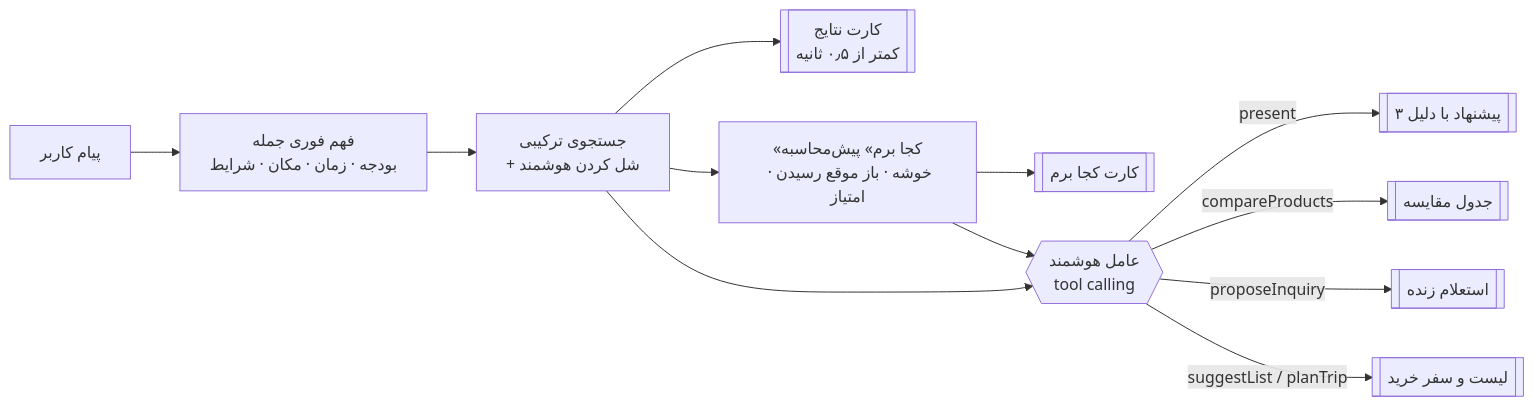
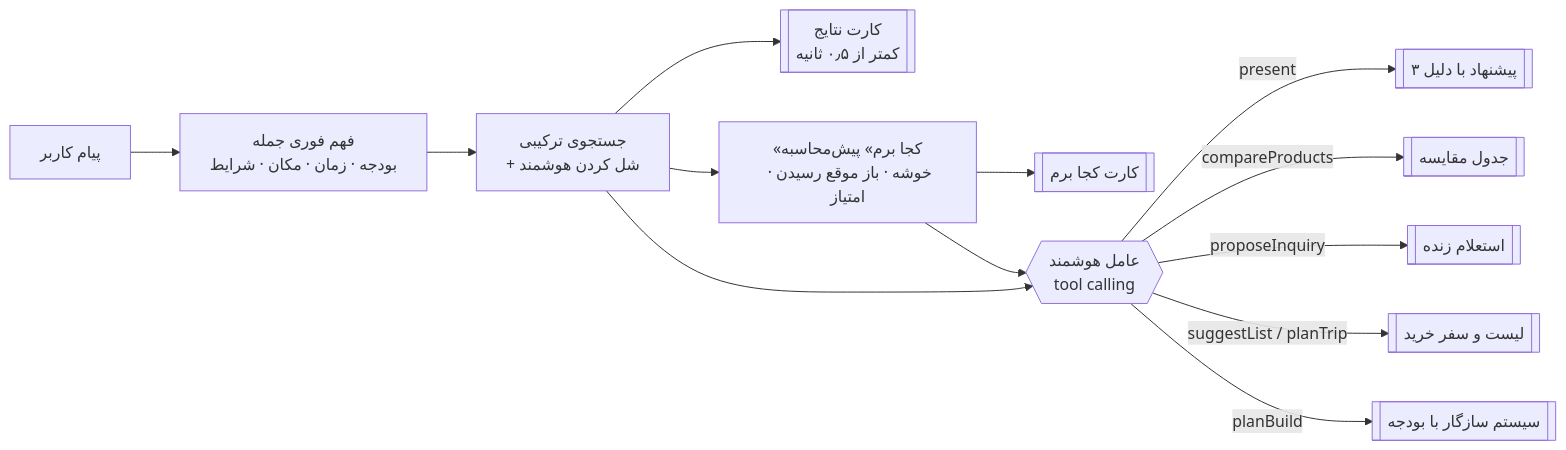
Before and after one commit to IMRX44/torob_live: the first of 2 diagrams in README.md, drawn with Mermaid. The commit also changed other lines of this file and 3 other files, not shown here.

````diff
--- a/README.md
+++ b/README.md
@@ -159,13 +162,14 @@
 ```mermaid
 flowchart LR
   U[پیام کاربر] --> I[فهم فوری جمله<br/>بودجه · زمان · مکان · شرایط]
   I --> S[جستجوی ترکیبی<br/>+ شل کردن هوشمند]
   S --> R1[[کارت نتایج<br/>کمتر از ۰٫۵ ثانیه]]
   S --> W[«کجا برم» پیش‌محاسبه<br/>خوشه · باز موقع رسیدن · امتیاز]
   W --> R2[[کارت کجا برم]]
   S & W --> A{{عامل هوشمند<br/>tool calling}}
   A -->|present| P[[۳ پیشنهاد با دلیل]]
   A -->|compareProducts| C[[جدول مقایسه]]
   A -->|proposeInquiry| Q[[استعلام زنده]]
   A -->|suggestList / planTrip| T[[لیست و سفر خرید]]
+  A -->|planBuild| B[[سیستم سازگار با بودجه]]
 ```
````
